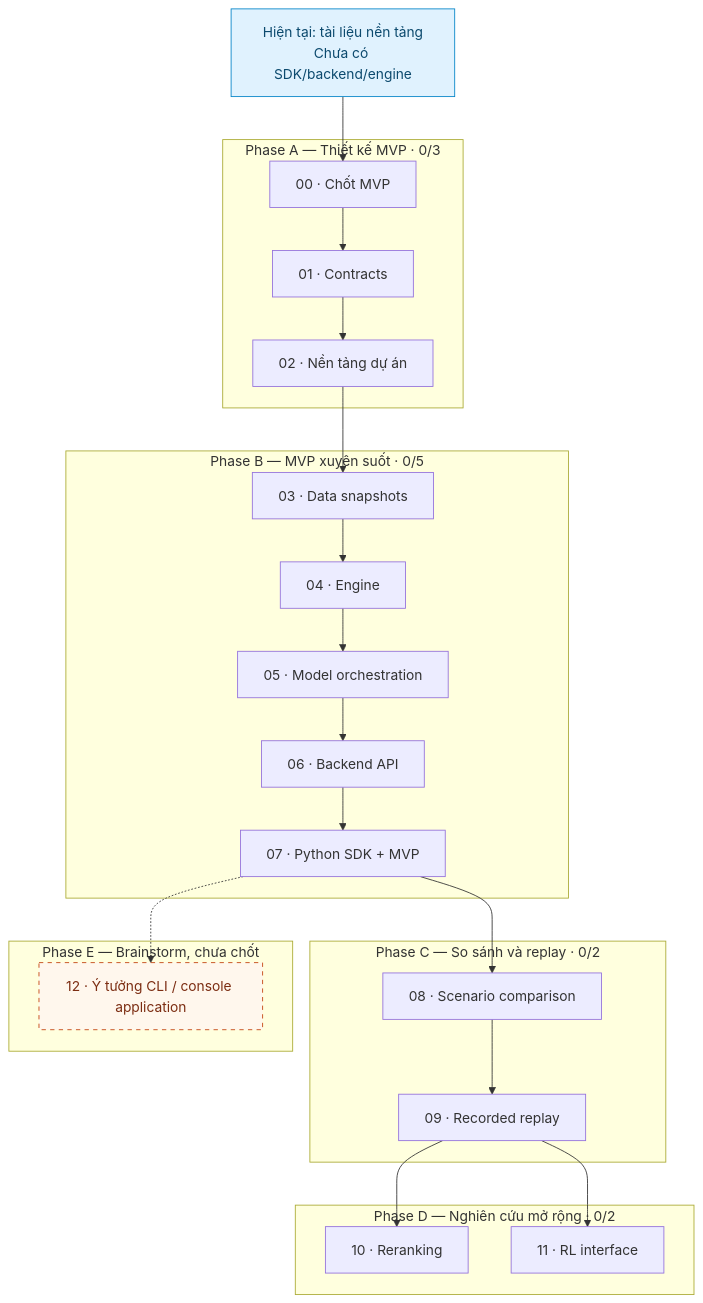
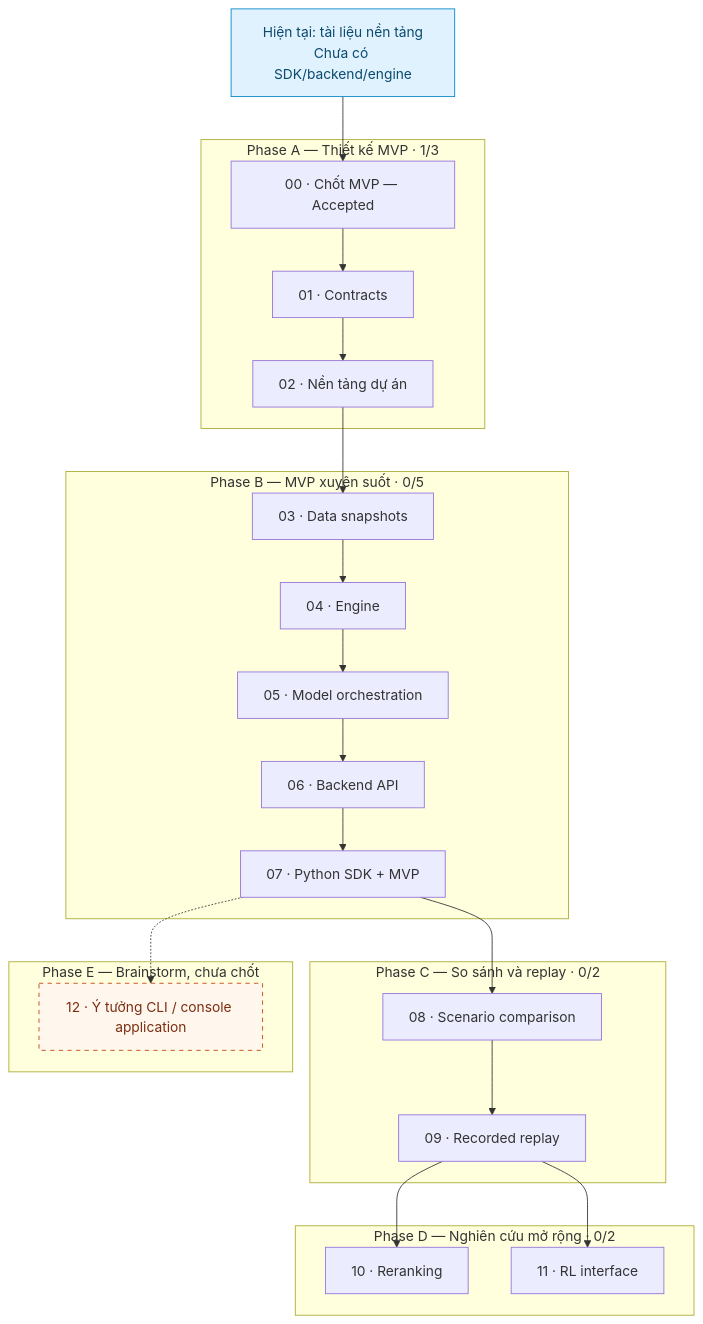
The diagram in plan/implementation/README.md (ryantr-statinops/factorsbt), drawn with Mermaid before and after one commit. The commit also changed other lines of this file and 11 other files, not shown here.

````diff
--- a/plan/implementation/README.md
+++ b/plan/implementation/README.md
@@ -48,41 +48,41 @@
 ```mermaid
 flowchart TD
     NOW["Hiện tại: tài liệu nền tảng<br/>Chưa có SDK/backend/engine"]
     NOW --> A0
 
-    subgraph A["Phase A — Thiết kế MVP · 0/3"]
-        A0["00 · Chốt MVP"] --> A1["01 · Contracts"]
+    subgraph A["Phase A — Thiết kế MVP · 1/3"]
+        A0["00 · Chốt MVP — Accepted"] --> A1["01 · Contracts"]
         A1 --> A2["02 · Nền tảng dự án"]
     end
 
     subgraph B["Phase B — MVP xuyên suốt · 0/5"]
         B0["03 · Data snapshots"] --> B1["04 · Engine"]
         B1 --> B2["05 · Model orchestration"]
         B2 --> B3["06 · Backend API"]
         B3 --> B4["07 · Python SDK + MVP"]
     end
 
     subgraph C["Phase C — So sánh và replay · 0/2"]
         C0["08 · Scenario comparison"] --> C1["09 · Recorded replay"]
     end
 
     subgraph D["Phase D — Nghiên cứu mở rộng · 0/2"]
         D0["10 · Reranking"]
         D1["11 · RL interface"]
     end
 
     subgraph E["Phase E — Brainstorm, chưa chốt"]
         E0["12 · Ý tưởng CLI / console application"]
     end
 
     A2 --> B0
     B4 --> C0
     C1 --> D0
     C1 --> D1
     B4 -.-> E0
 
     classDef current fill:#e0f2fe,stroke:#0284c7,color:#0c4a6e
     classDef idea fill:#fff7ed,stroke:#c2410c,color:#7c2d12,stroke-dasharray:5 5
     class NOW current
     class E0 idea
 ```
````
